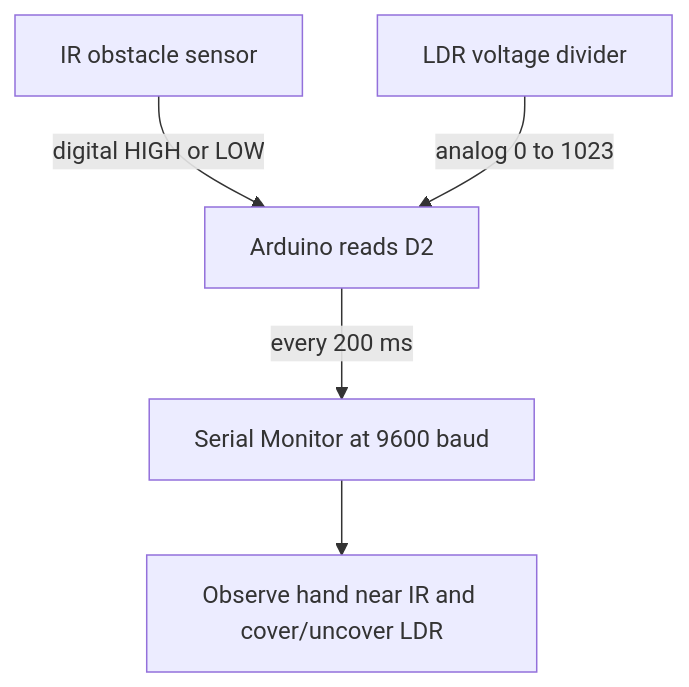
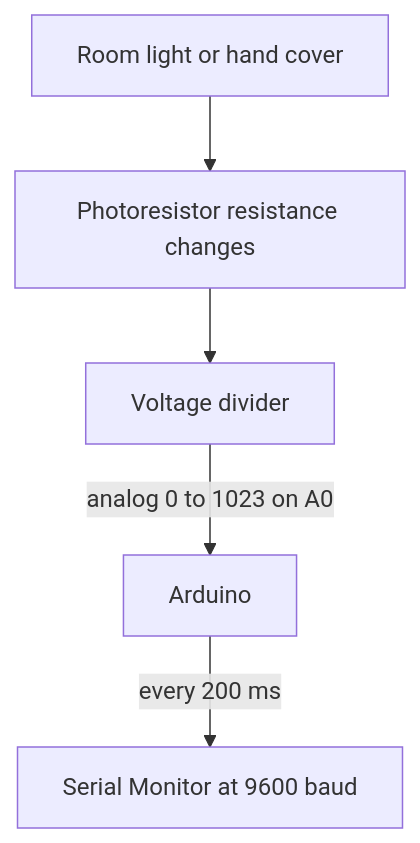
One commit to Danncode10/Automatic-Night-Lights changed the second of 2 diagrams in docs/connections.md. Above: the diagram before and after it, drawn with Mermaid. The commit also changed other lines of this file and 3 other files, not shown here.

Commit message:
Refactor project documentation and Arduino sketch to focus on photoresistor-based monitoring for automatic night lights

````diff
--- a/docs/connections.md
+++ b/docs/connections.md
@@ -55,7 +45,7 @@
 ```mermaid
 flowchart TD
-    IR["IR obstacle sensor"] -->|"digital HIGH or LOW"| Arduino["Arduino reads D2"]
-    LDR["LDR voltage divider"] -->|"analog 0 to 1023"| Arduino
+    Light["Room light or hand cover"] --> Photoresistor["Photoresistor resistance changes"]
+    Photoresistor --> Divider["Voltage divider"]
+    Divider -->|"analog 0 to 1023 on A0"| Arduino["Arduino"]
     Arduino -->|"every 200 ms"| Serial["Serial Monitor at 9600 baud"]
-    Serial --> Test["Observe hand near IR and cover/uncover LDR"]
 ```
````
